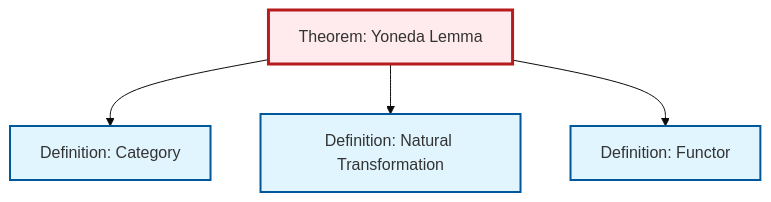
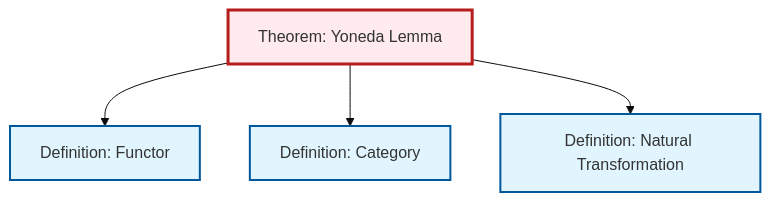
The diagram in content/ja/category-theory/thm-yoneda.qmd (RK0429/ModernMath), drawn with Mermaid (base theme) before and after one commit. The commit also changed other lines of this file and 597 other files, not shown here.

````diff
--- a/content/ja/category-theory/thm-yoneda.qmd
+++ b/content/ja/category-theory/thm-yoneda.qmd
@@ -96,20 +96,20 @@
 ```{mermaid}
 %%| fig-cap: "Local dependency graph"
 graph TD
     classDef definition fill:#e1f5fe,stroke:#01579b,stroke-width:2px
     classDef theorem fill:#f3e5f5,stroke:#4a148c,stroke-width:2px
     classDef axiom fill:#fff3e0,stroke:#e65100,stroke-width:2px
     classDef example fill:#e8f5e9,stroke:#1b5e20,stroke-width:2px
     classDef current fill:#ffebee,stroke:#b71c1c,stroke-width:3px
     def-functor["Definition: Functor"]:::definition
-    def-category["Definition: Category"]:::definition
     def-natural-transformation["Definition: Natural Transformation"]:::definition
     thm-yoneda["Theorem: Yoneda Lemma"]:::theorem
+    def-category["Definition: Category"]:::definition
+    thm-yoneda --> def-functor
     thm-yoneda --> def-category
     thm-yoneda --> def-natural-transformation
-    thm-yoneda --> def-functor
     class thm-yoneda current
     click def-functor "def-functor.html" "Definition: Functorへ"
+    click def-natural-transformation "def-natural-transformation.html" "Definition: Natural Transformationへ"
     click def-category "def-category.html" "Definition: Categoryへ"
-    click def-natural-transformation "def-natural-transformation.html" "Definition: Natural Transformationへ"
 ```
````
